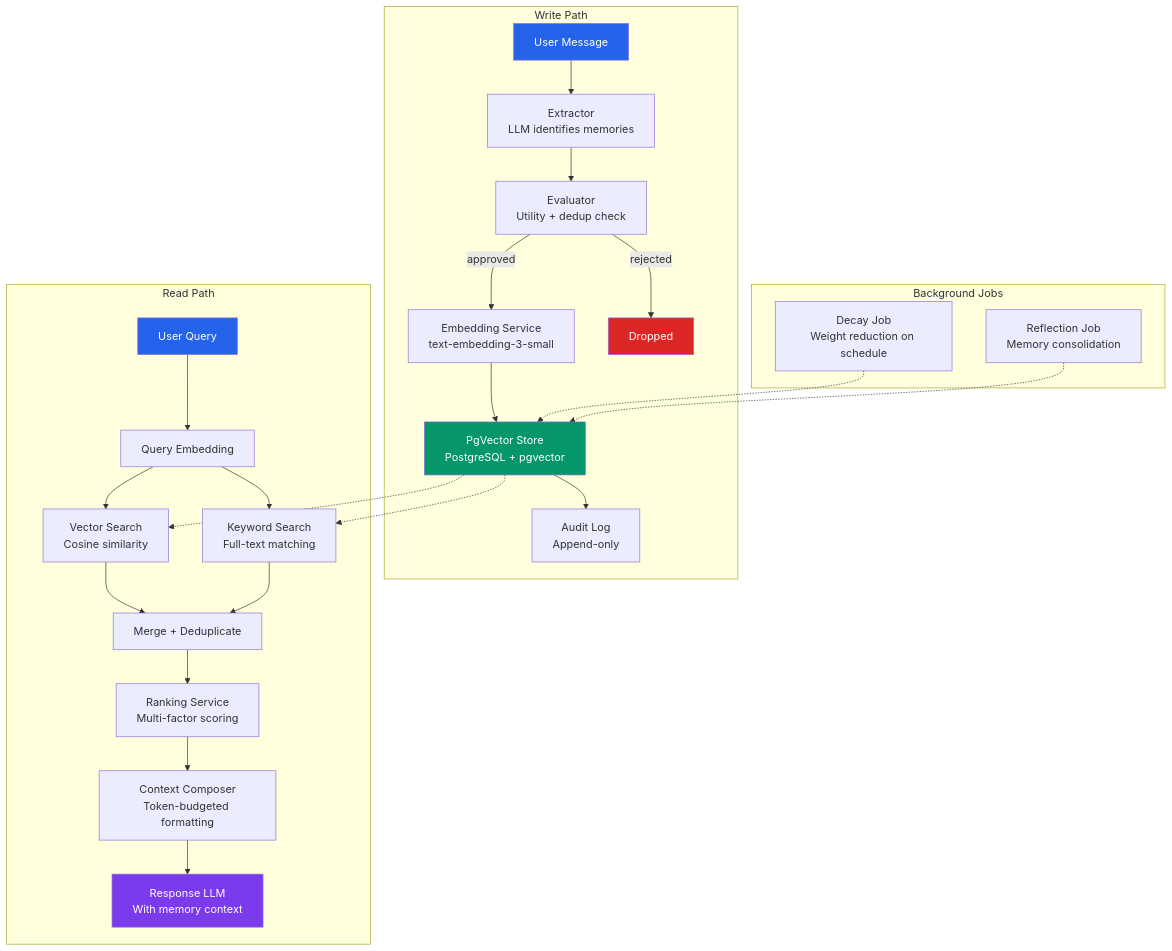
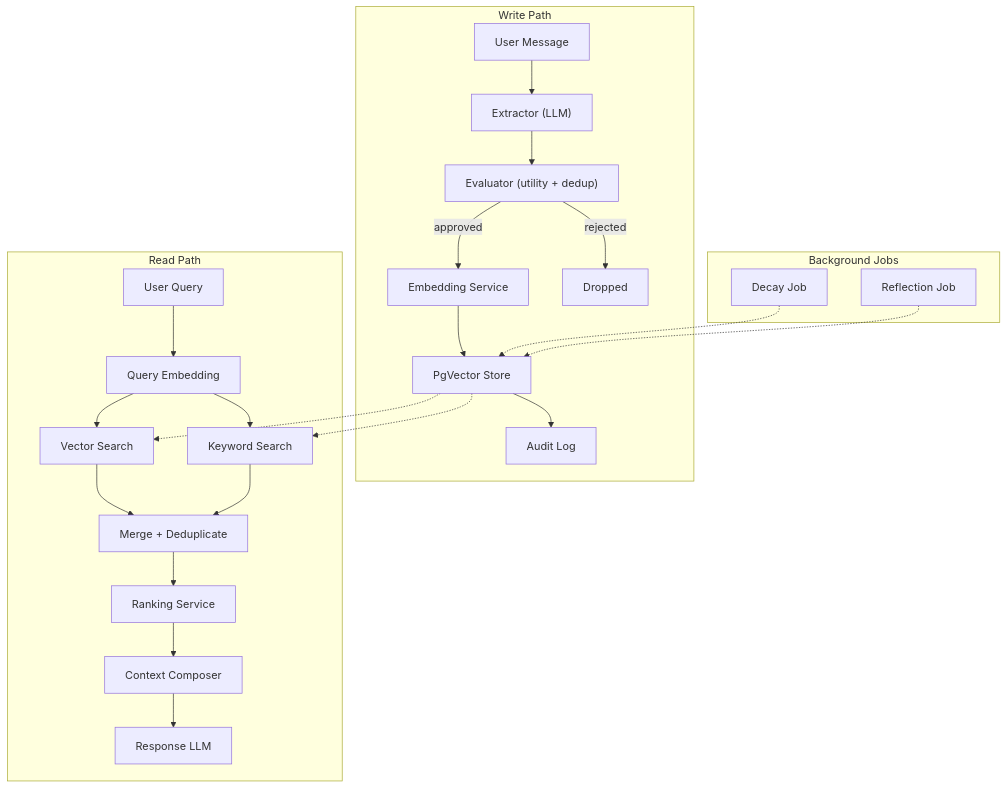
One commit to vinodwaghmare/chat-memory-system changed the diagram in README.md. Above: the diagram before and after it, drawn with Mermaid. The commit also changed 1 other file, not shown here.

Commit message:
Fix health page 503 handling and mermaid diagram syntax for GitHub

````diff
--- a/README.md
+++ b/README.md
@@ -55,38 +55,32 @@
 ```mermaid
 graph TB
-    subgraph "Write Path"
-        M[User Message] --> EX[Extractor<br/>LLM identifies memories]
-        EX --> EV[Evaluator<br/>Utility + dedup check]
-        EV -->|approved| EMB[Embedding Service<br/>text-embedding-3-small]
-        EV -->|rejected| DROP[Dropped]
-        EMB --> ST[PgVector Store<br/>PostgreSQL + pgvector]
-        ST --> AL[Audit Log<br/>Append-only]
+    subgraph WritePath["Write Path"]
+        M["User Message"] --> EX["Extractor (LLM)"]
+        EX --> EV["Evaluator (utility + dedup)"]
+        EV -->|approved| EMB["Embedding Service"]
+        EV -->|rejected| DROP["Dropped"]
+        EMB --> ST["PgVector Store"]
+        ST --> AL["Audit Log"]
     end
 
-    subgraph "Read Path"
-        Q[User Query] --> QE[Query Embedding]
-        QE --> VS[Vector Search<br/>Cosine similarity]
-        QE --> KS[Keyword Search<br/>Full-text matching]
-        VS --> MR[Merge + Deduplicate]
+    subgraph ReadPath["Read Path"]
+        Q["User Query"] --> QE["Query Embedding"]
+        QE --> VS["Vector Search"]
+        QE --> KS["Keyword Search"]
+        VS --> MR["Merge + Deduplicate"]
         KS --> MR
-        MR --> RK[Ranking Service<br/>Multi-factor scoring]
-        RK --> CC[Context Composer<br/>Token-budgeted formatting]
-        CC --> LLM[Response LLM<br/>With memory context]
+        MR --> RK["Ranking Service"]
+        RK --> CC["Context Composer"]
+        CC --> LLM["Response LLM"]
     end
 
-    subgraph "Background Jobs"
-        DJ[Decay Job<br/>Weight reduction on schedule]
-        RJ[Reflection Job<br/>Memory consolidation]
+    subgraph Jobs["Background Jobs"]
+        DJ["Decay Job"]
+        RJ["Reflection Job"]
     end
 
     ST -.-> VS
     ST -.-> KS
     DJ -.-> ST
     RJ -.-> ST
-
-    style M fill:#2563eb,color:#fff
-    style Q fill:#2563eb,color:#fff
-    style LLM fill:#7c3aed,color:#fff
-    style DROP fill:#dc2626,color:#fff
-    style ST fill:#059669,color:#fff
 ```
````
